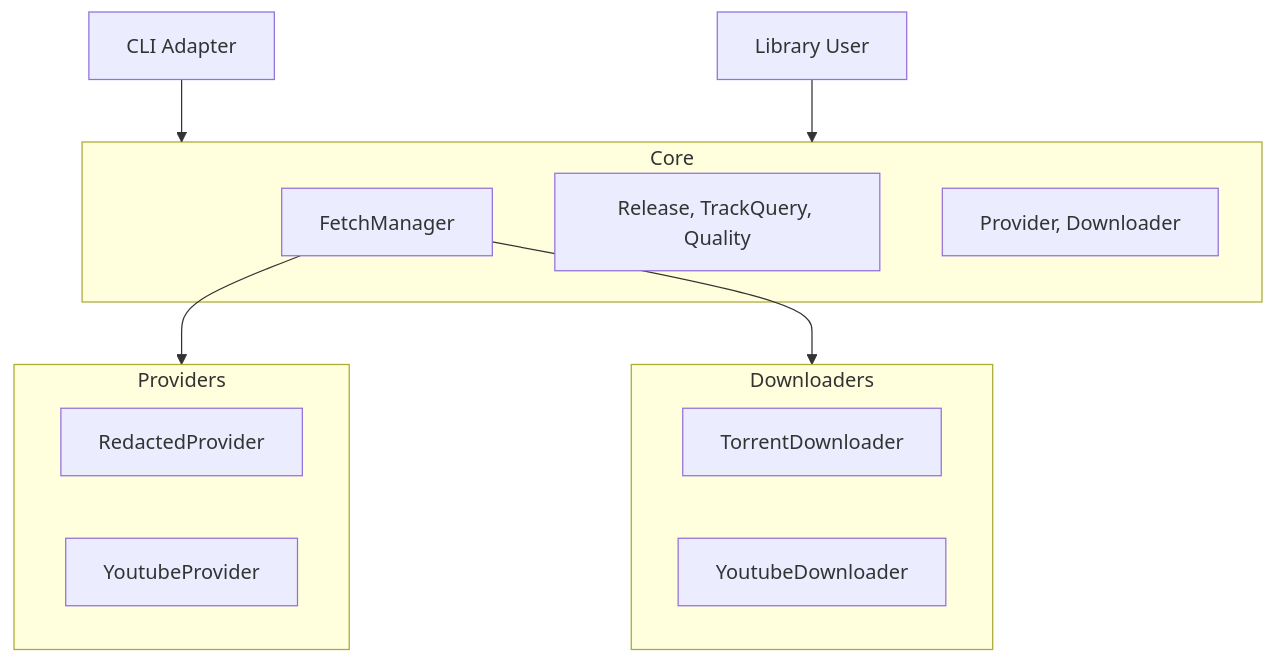
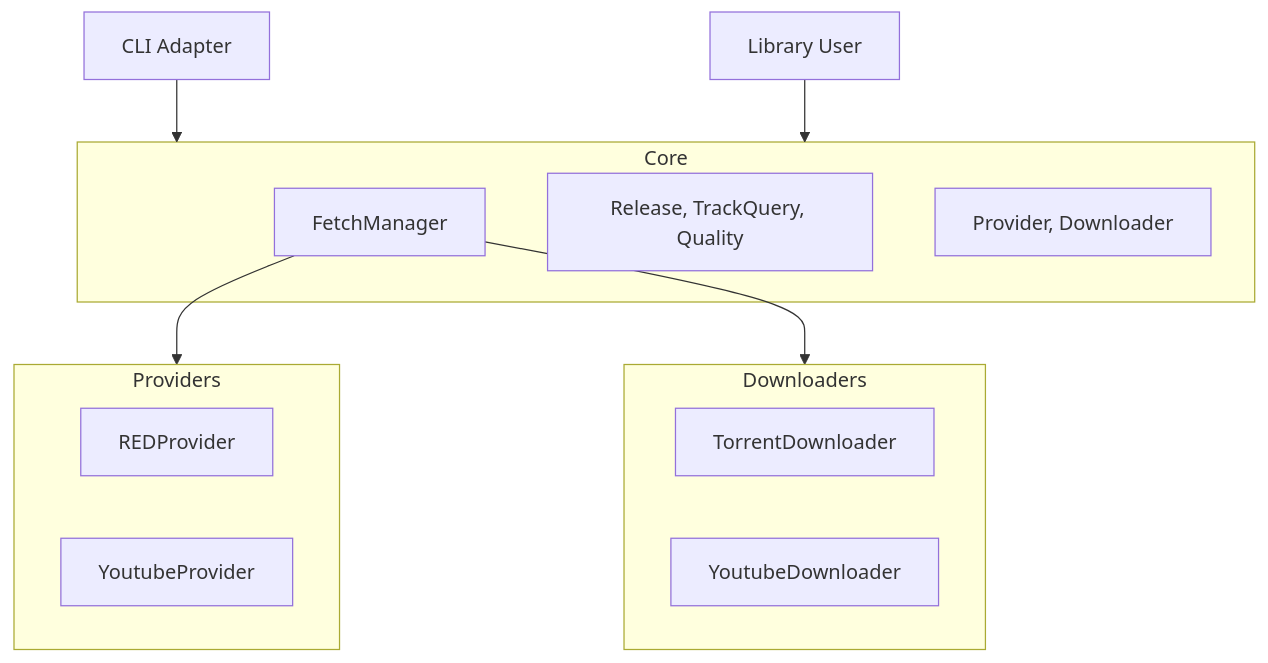
One commit to nomadkaraoke/flacfetch changed the diagram in ARCHITECTURE.md. Above: the diagram before and after it, drawn with Mermaid. The commit also changed other lines of this file and 22 other files, not shown here.

First line of the commit message:
refactor: rename Redacted to RED and remove hardcoded private tracker URLs

````diff
--- a/ARCHITECTURE.md
+++ b/ARCHITECTURE.md
@@ -9,24 +9,24 @@
 ```mermaid
 graph TD
     CLI[CLI Adapter] --> Core
     Lib[Library User] --> Core
     
     subgraph Core
         FM[FetchManager]
         Models[Release, TrackQuery, Quality]
         Interfaces[Provider, Downloader]
     end
     
     FM --> Providers
     FM --> Downloaders
     
     subgraph Providers
-        Redacted[RedactedProvider]
+        RED[REDProvider]
         YouTube[YoutubeProvider]
     end
     
     subgraph Downloaders
         LibTorrent[TorrentDownloader]
         YtDlp[YoutubeDownloader]
     end
 ```
````
